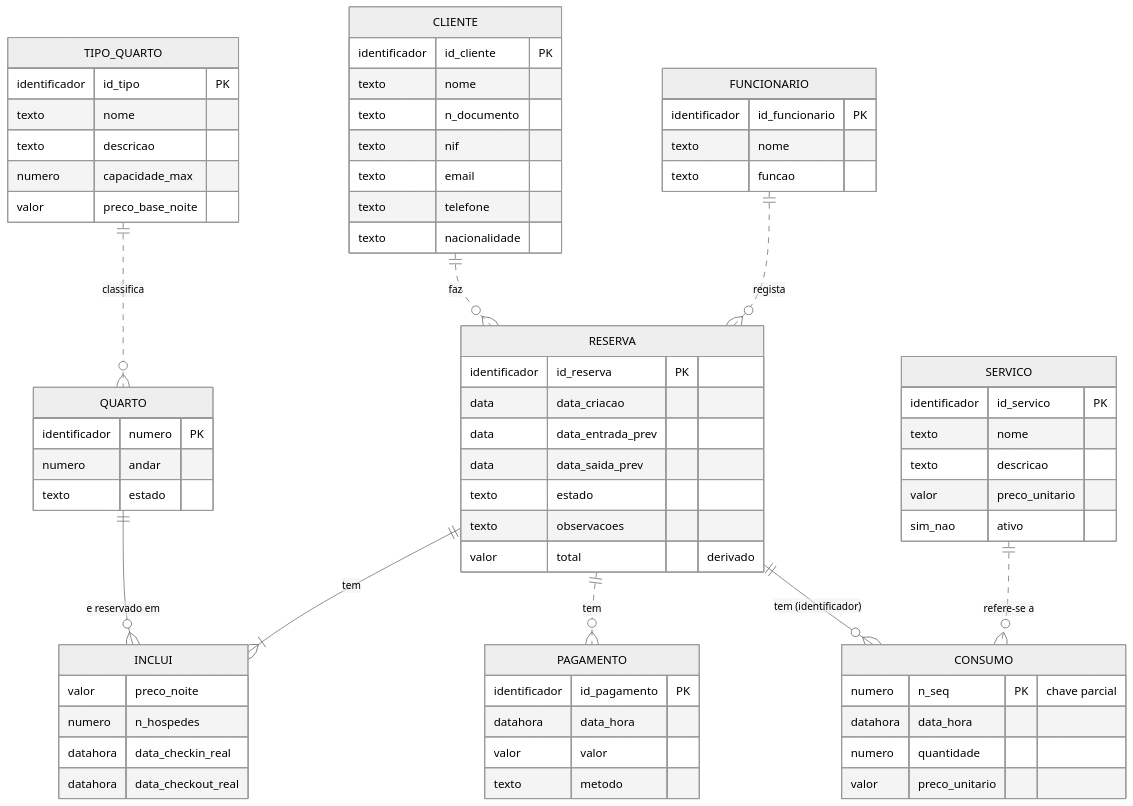
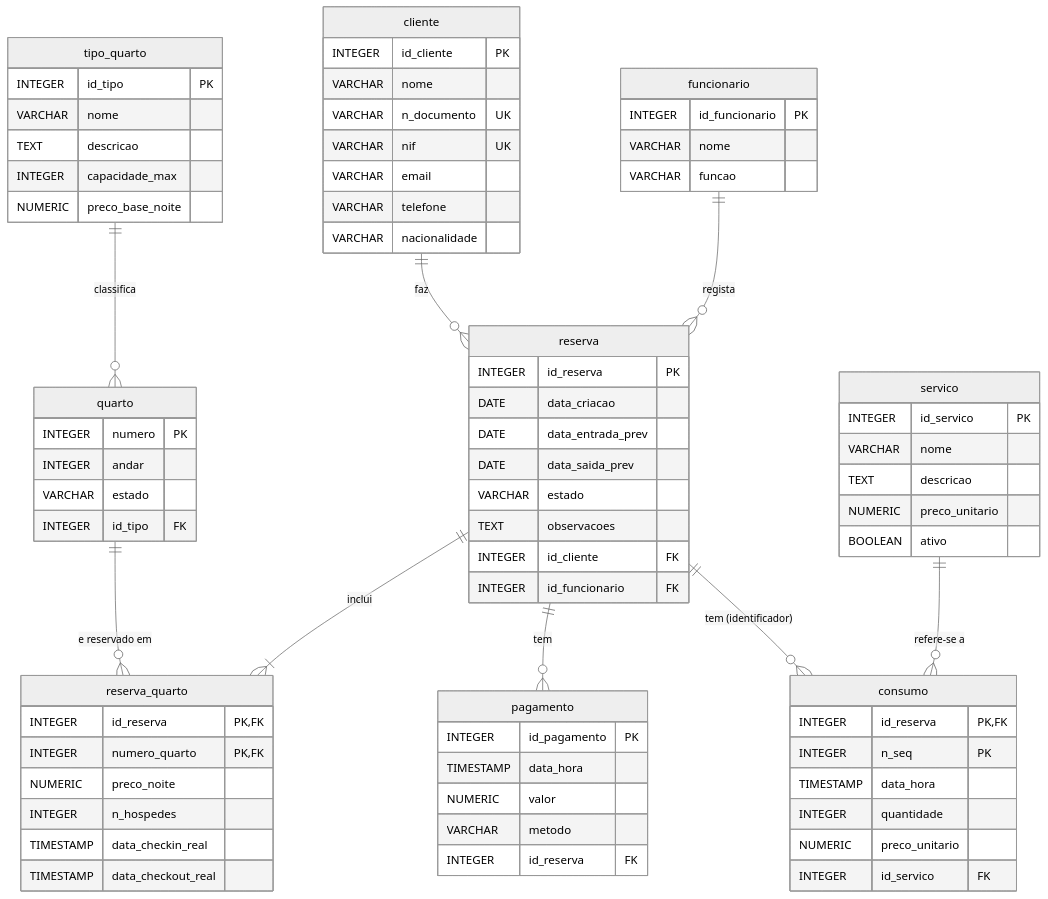
One commit to DiogoVicente8/Projeto_Base_De_Dados changed the diagram in README.md. Above: the diagram before and after it, drawn with Mermaid (neutral theme). The commit also changed 5 other files, not shown here.

Commit message:
Add database schema and documentation for core lodging components

````diff
--- a/README.md
+++ b/README.md
@@ -36,80 +36,87 @@
 ```mermaid
 erDiagram
-    TIPO_QUARTO ||..o{ QUARTO : classifica
-    CLIENTE ||..o{ RESERVA : faz
-    FUNCIONARIO ||..o{ RESERVA : regista
-    RESERVA ||--|{ INCLUI : tem
-    QUARTO ||--o{ INCLUI : "e reservado em"
-    RESERVA ||..o{ PAGAMENTO : tem
-    RESERVA ||--o{ CONSUMO : "tem (identificador)"
-    SERVICO ||..o{ CONSUMO : "refere-se a"
+    tipo_quarto ||--o{ quarto : classifica
+    cliente ||--o{ reserva : faz
+    funcionario ||--o{ reserva : regista
+    reserva ||--|{ reserva_quarto : inclui
+    quarto ||--o{ reserva_quarto : "e reservado em"
+    reserva ||--o{ pagamento : tem
+    reserva ||--o{ consumo : "tem (identificador)"
+    servico ||--o{ consumo : "refere-se a"
 
-    TIPO_QUARTO {
-        identificador id_tipo PK
-        texto nome
-        texto descricao
-        numero capacidade_max
-        valor preco_base_noite
+    tipo_quarto {
+        INTEGER id_tipo PK
+        VARCHAR nome
+        TEXT descricao
+        INTEGER capacidade_max
+        NUMERIC preco_base_noite
     }
 
-    QUARTO {
-        identificador numero PK
-        numero andar
-        texto estado
+    quarto {
+        INTEGER numero PK
+        INTEGER andar
+        VARCHAR estado
+        INTEGER id_tipo FK
     }
 
-    CLIENTE {
-        identificador id_cliente PK
-        texto nome
-        texto n_documento
-        texto nif
-        texto email
-        texto telefone
-        texto nacionalidade
+    cliente {
+        INTEGER id_cliente PK
+        VARCHAR nome
+        VARCHAR n_documento UK
+        VARCHAR nif UK
+        VARCHAR email
+        VARCHAR telefone
+        VARCHAR nacionalidade
     }
 
-    FUNCIONARIO {
-        identificador id_funcionario PK
-        texto nome
-        texto funcao
+    funcionario {
+        INTEGER id_funcionario PK
+        VARCHAR nome
+        VARCHAR funcao
     }
 
-    RESERVA {
-        identificador id_reserva PK
-        data data_criacao
-        data data_entrada_prev
-        data data_saida_prev
-        texto estado
-        texto observacoes
-        valor total "derivado"
+    reserva {
+        INTEGER id_reserva PK
+        DATE data_criacao
+        DATE data_entrada_prev
+        DATE data_saida_prev
+        VARCHAR estado
+        TEXT observacoes
+        INTEGER id_cliente FK
+        INTEGER id_funcionario FK
     }
 
-    INCLUI {
-        valor preco_noite
-        numero n_hospedes
-        datahora data_checkin_real
-        datahora data_checkout_real
+    reserva_quarto {
+        INTEGER id_reserva PK, FK
+        INTEGER numero_quarto PK, FK
+        NUMERIC preco_noite
+        INTEGER n_hospedes
+        TIMESTAMP data_checkin_real
+        TIMESTAMP data_checkout_real
     }
 
-    SERVICO {
-        identificador id_servico PK
-        texto nome
-        texto descricao
-        valor preco_unitario
-        sim_nao ativo
+    servico {
+        INTEGER id_servico PK
+        VARCHAR nome
+        TEXT descricao
+        NUMERIC preco_unitario
+        BOOLEAN ativo
     }
 
-    PAGAMENTO {
-        identificador id_pagamento PK
-        datahora data_hora
-        valor valor
-        texto metodo
+    pagamento {
+        INTEGER id_pagamento PK
+        TIMESTAMP data_hora
+        NUMERIC valor
+        VARCHAR metodo
+        INTEGER id_reserva FK
     }
 
-    CONSUMO {
-        numero n_seq PK "chave parcial"
-        datahora data_hora
-        numero quantidade
-        valor preco_unitario
+    consumo {
+        INTEGER id_reserva PK, FK
+        INTEGER n_seq PK
+        TIMESTAMP data_hora
+        INTEGER quantidade
+        NUMERIC preco_unitario
+        INTEGER id_servico FK
     }
 ```
````
